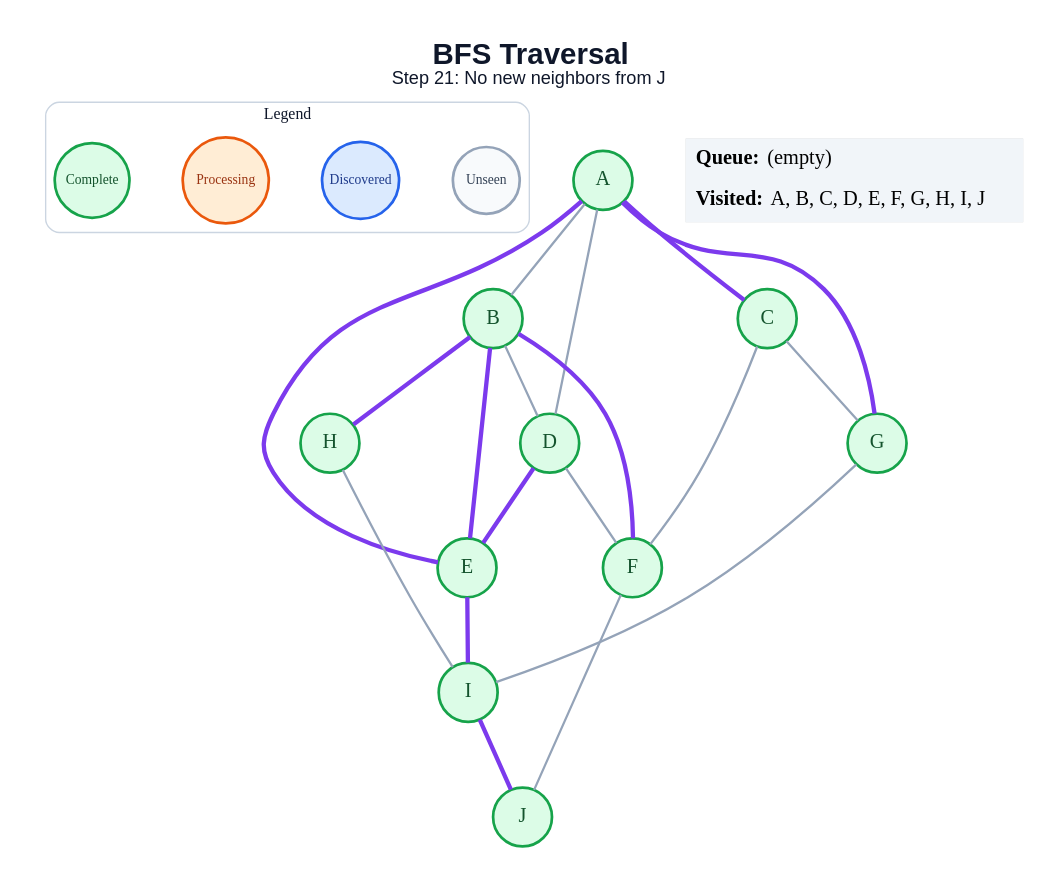
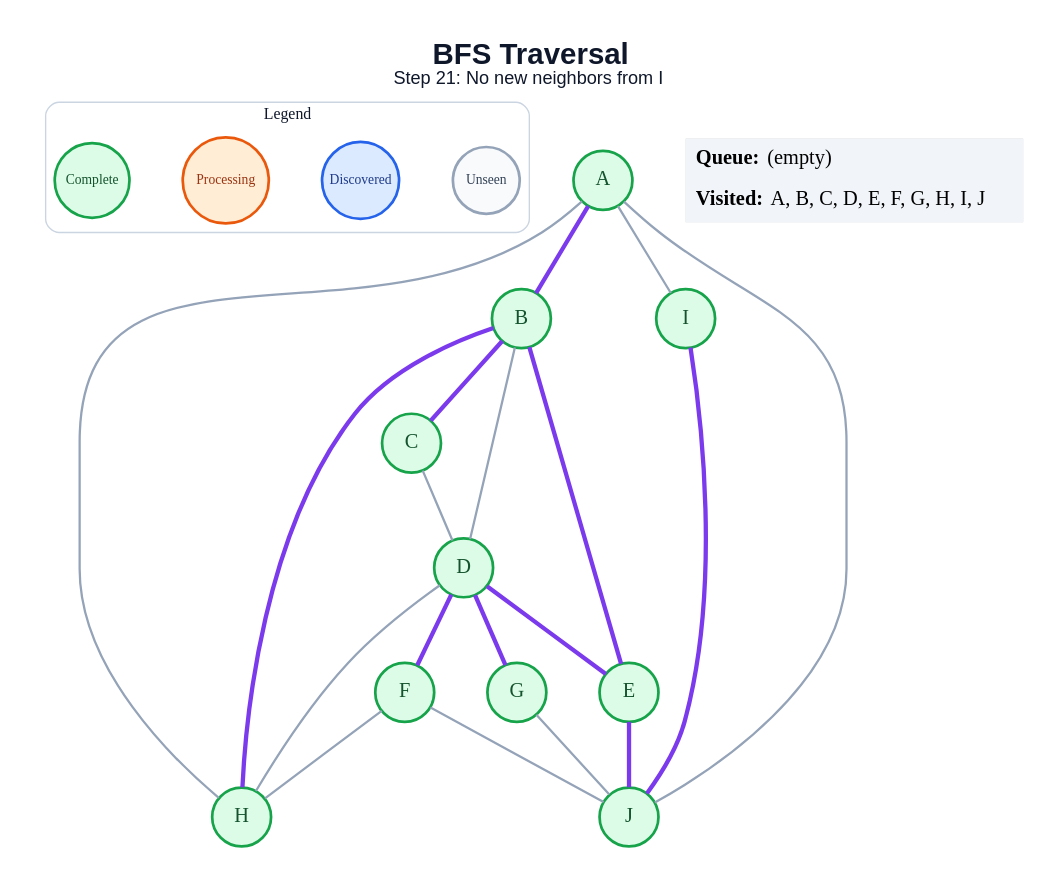
One commit to anon7238593-create/ai-slop changed the diagram in generated/specific-node/bfs/step_21.dot. Above: the diagram before and after it, drawn with Graphviz. The commit also changed 178 other files, not shown here.

```diff
--- a/generated/specific-node/bfs/step_21.dot
+++ b/generated/specific-node/bfs/step_21.dot
@@ -1,47 +1,47 @@
 graph traversal {
   graph [layout=dot, rankdir=TB, bgcolor="#FFFFFF", pad="0.35", nodesep="0.65", ranksep="0.8", fontname="Arial"];
   node [shape=circle, style="filled", fontname="Arial Bold", fontsize=18, width=0.72, fixedsize=true, penwidth=2.4];
   edge [color="#94A3B8", penwidth=2.0];
-  label=<<B>BFS Traversal</B><BR/><FONT POINT-SIZE="16">Step 21: No new neighbors from J</FONT>>; labelloc="t"; fontsize=26; fontname="Arial"; fontcolor="#0F172A";
+  label=<<B>BFS Traversal</B><BR/><FONT POINT-SIZE="16">Step 21: No new neighbors from I</FONT>>; labelloc="t"; fontsize=26; fontname="Arial"; fontcolor="#0F172A";
   subgraph cluster_legend { label="Legend"; color="#CBD5E1"; penwidth=1.2; style="rounded"; fontsize=14; fontname="Arial Bold";
     key_unseen [label="Unseen", fillcolor="#F8FAFC", color="#94A3B8", fontcolor="#334155", fontsize=12, width=0.82];
     key_frontier [label="Discovered", fillcolor="#DBEAFE", color="#2563EB", fontcolor="#1E3A8A", fontsize=12, width=0.95];
     key_current [label="Processing", fillcolor="#FFEDD5", color="#EA580C", fontcolor="#9A3412", fontsize=12, width=1.05];
     key_done [label="Complete", fillcolor="#DCFCE7", color="#16A34A", fontcolor="#14532D", fontsize=12, width=0.92];
     { rank=same; key_unseen; key_frontier; key_current; key_done; }
   }
   A [fillcolor="#DCFCE7", color="#16A34A", fontcolor="#14532D"];
   B [fillcolor="#DCFCE7", color="#16A34A", fontcolor="#14532D"];
   C [fillcolor="#DCFCE7", color="#16A34A", fontcolor="#14532D"];
   D [fillcolor="#DCFCE7", color="#16A34A", fontcolor="#14532D"];
   E [fillcolor="#DCFCE7", color="#16A34A", fontcolor="#14532D"];
   F [fillcolor="#DCFCE7", color="#16A34A", fontcolor="#14532D"];
   G [fillcolor="#DCFCE7", color="#16A34A", fontcolor="#14532D"];
   H [fillcolor="#DCFCE7", color="#16A34A", fontcolor="#14532D"];
   I [fillcolor="#DCFCE7", color="#16A34A", fontcolor="#14532D"];
   J [fillcolor="#DCFCE7", color="#16A34A", fontcolor="#14532D"];
-  A -- B;
-  A -- C [color="#7C3AED", penwidth=3.8];
-  A -- D;
-  A -- E [color="#7C3AED", penwidth=3.8];
-  A -- G [color="#7C3AED", penwidth=3.8];
+  A -- B [color="#7C3AED", penwidth=3.8];
+  A -- H;
+  A -- I;
+  A -- J;
+  B -- C [color="#7C3AED", penwidth=3.8];
   B -- D;
   B -- E [color="#7C3AED", penwidth=3.8];
-  B -- F [color="#7C3AED", penwidth=3.8];
   B -- H [color="#7C3AED", penwidth=3.8];
-  C -- F;
-  C -- G;
+  C -- D;
   D -- E [color="#7C3AED", penwidth=3.8];
-  D -- F;
-  E -- I [color="#7C3AED", penwidth=3.8];
+  D -- F [color="#7C3AED", penwidth=3.8];
+  D -- G [color="#7C3AED", penwidth=3.8];
+  D -- H;
+  E -- J [color="#7C3AED", penwidth=3.8];
+  F -- H;
   F -- J;
-  G -- I;
-  H -- I;
+  G -- J;
   I -- J [color="#7C3AED", penwidth=3.8];
   status [shape=plain, fixedsize=false, width=0, height=0, margin=0, label=<
     <TABLE BORDER="0" CELLBORDER="0" CELLPADDING="7" BGCOLOR="#F1F5F9">
       <TR><TD ALIGN="LEFT"><B>Queue:</B> (empty)</TD></TR>
       <TR><TD ALIGN="LEFT"><B>Visited:</B> A, B, C, D, E, F, G, H, I, J</TD></TR>
     </TABLE>
   >];
 }
```
